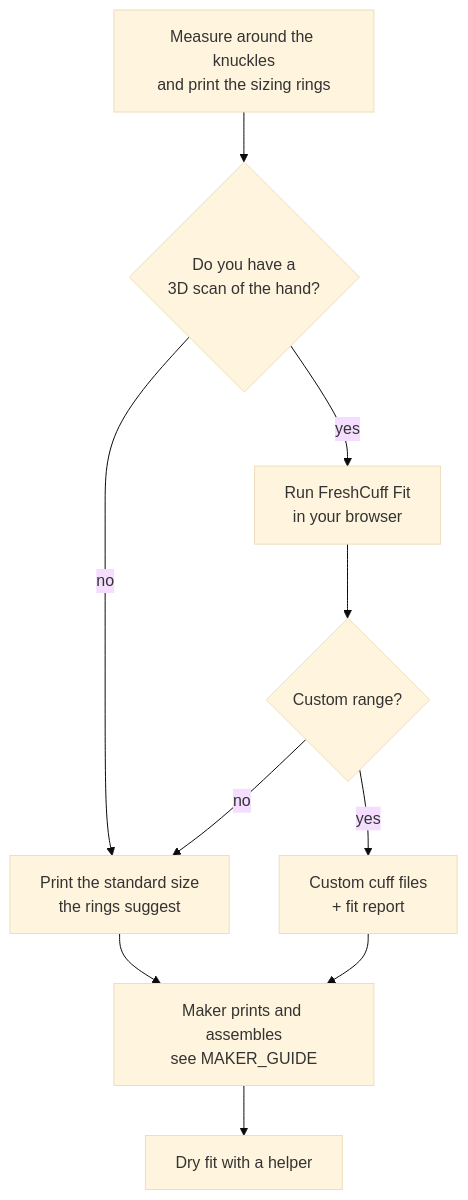
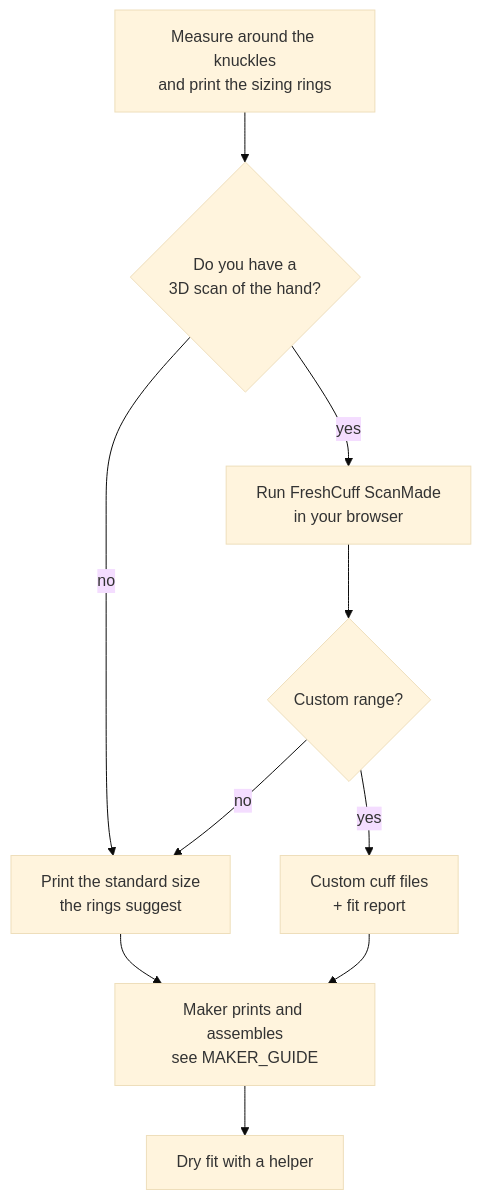
The diagram in docs/USER_GUIDE.md (sensecraft3d-eng/freshcuff-scanmade), drawn with Mermaid (base theme) before and after one commit. The commit also changed other lines of this file and 50 other files, not shown here.

First line of the commit message:
Rename the app to FreshCuff ScanMade

````diff
--- a/docs/USER_GUIDE.md
+++ b/docs/USER_GUIDE.md
@@ -45,12 +45,12 @@
 ```mermaid
 flowchart TD
     A[Measure around the knuckles<br/>and print the sizing rings] --> B{Do you have a<br/>3D scan of the hand?}
     B -->|no| S[Print the standard size<br/>the rings suggest]
-    B -->|yes| C[Run FreshCuff Fit<br/>in your browser]
+    B -->|yes| C[Run FreshCuff ScanMade<br/>in your browser]
     C --> D{Custom range?}
     D -->|no| S
     D -->|yes| E[Custom cuff files<br/>+ fit report]
     S --> F[Maker prints and assembles<br/>see MAKER_GUIDE]
     E --> F
     F --> G[Dry fit with a helper]
 ```
````
